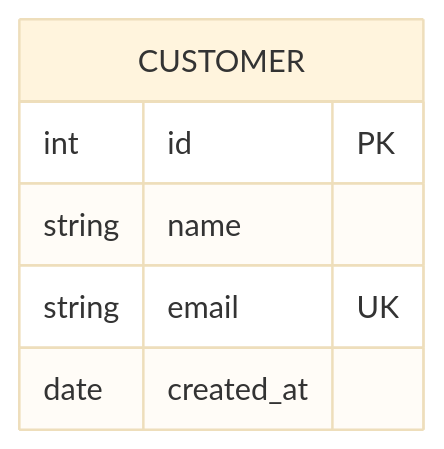
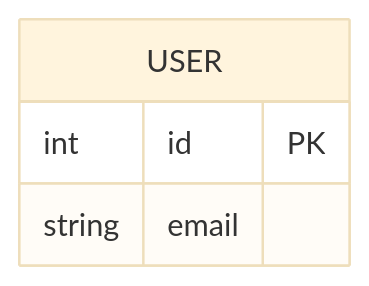
The second of 2 diagrams in skills/creating-mermaid-diagrams/references/er.md (narumiruna/agent-skills), drawn with Mermaid (base theme) before and after one commit. The commit also changed other lines of this file and 92 other files, not shown here.

````diff
--- a/skills/creating-mermaid-diagrams/references/er.md
+++ b/skills/creating-mermaid-diagrams/references/er.md
@@ -18,9 +32,7 @@
 ```mermaid
 erDiagram
-    CUSTOMER {
+    USER {
         int id PK
-        string name
-        string email UK
-        date created_at
+        string email
     }
 ```
````
